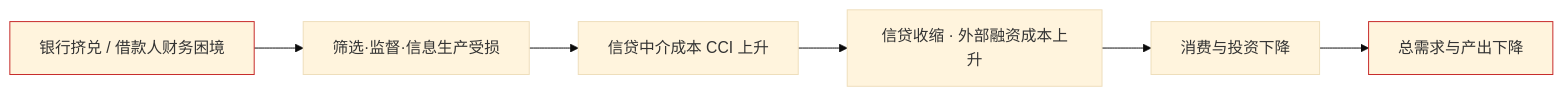
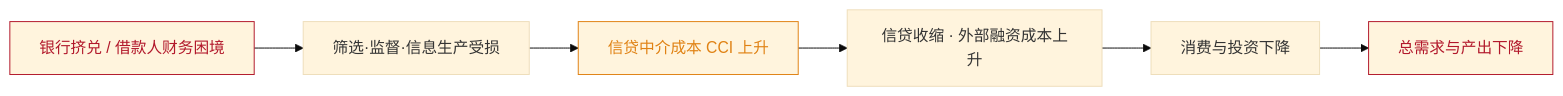
The diagram in README.md (snowjqm-sys/diamond-dybvig-bernanke), drawn with Mermaid (base theme) before and after one commit. The commit also changed other lines of this file and 7 other files, not shown here.

First line of the commit message:
美化图表与仓库页

````diff
--- a/README.md
+++ b/README.md
@@ -7,10 +19,11 @@
 ```mermaid
 graph LR
     A[银行挤兑 / 借款人财务困境] --> B[筛选·监督·信息生产受损]
     B --> C[信贷中介成本 CCI 上升]
     C --> D[信贷收缩 · 外部融资成本上升]
     D --> E[消费与投资下降]
     E --> F[总需求与产出下降]
-    style A stroke:#c62828
-    style F stroke:#c62828
+    style A stroke:#B2182B,color:#B2182B
+    style F stroke:#B2182B,color:#B2182B
+    style C stroke:#E08214,color:#E08214
 ```
````
